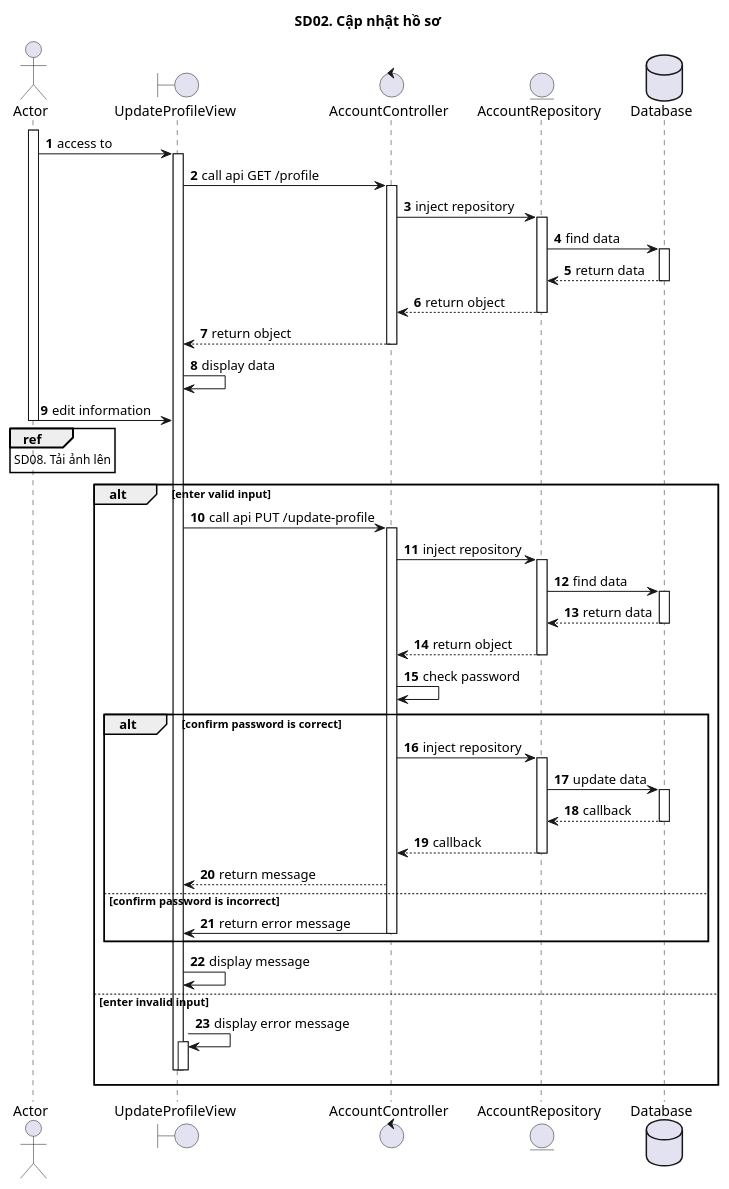
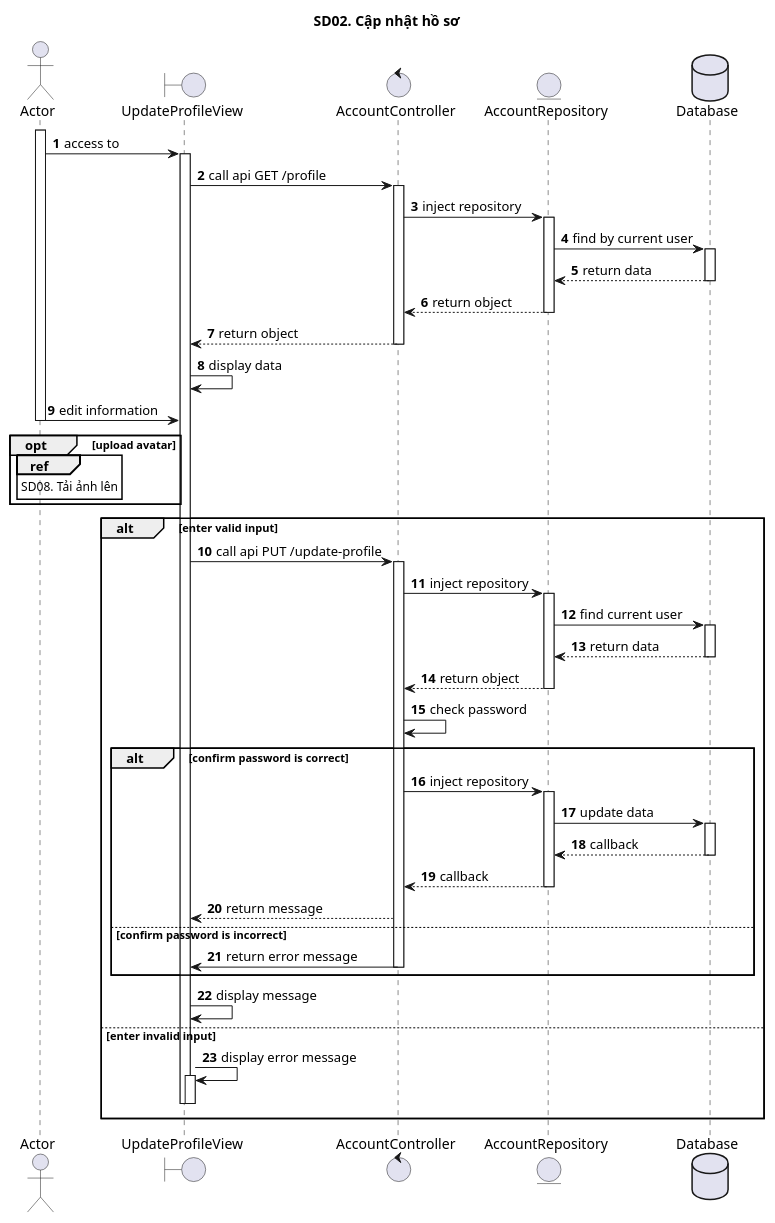
The diagram in 02_CapNhatHoSo/sd2.puml (ITZ-Developers/Finance-UML), drawn with PlantUML before and after one commit.

```diff
--- a/02_CapNhatHoSo/sd2.puml
+++ b/02_CapNhatHoSo/sd2.puml
@@ -1,63 +1,65 @@
 @startuml SQ
 autonumber
 title SD02. Cập nhật hồ sơ
 actor "Actor" as actor
 boundary "UpdateProfileView" as view
 control "AccountController" as controller
 entity "AccountRepository" as model
 database "Database" as database
 activate actor
 actor -> view : access to
 activate view
 view -> controller : call api GET /profile
 activate controller
 controller -> model : inject repository
 activate model
-model -> database : find data
+model -> database : find by current user
 activate database
 database --> model : return data
 deactivate database
 model --> controller : return object
 deactivate model
 controller --> view : return object
 deactivate controller
 view -> view: display data
 actor -> view : edit information
 deactivate actor
+opt upload avatar
 ref over actor
 SD08. Tải ảnh lên
 end ref
+end
 alt enter valid input
 view -> controller : call api PUT /update-profile
 activate controller
 controller -> model : inject repository
 activate model
-model -> database : find data
+model -> database : find current user
 activate database
 database --> model : return data
 deactivate database
 model --> controller : return object
 deactivate model
 controller -> controller: check password
 alt confirm password is correct
 controller -> model : inject repository
 activate model
 model -> database : update data
 activate database
 database --> model : callback
 deactivate database
 model --> controller : callback
 deactivate model
 controller --> view : return message
 else confirm password is incorrect
 controller -> view: return error message
 deactivate controller
 end
 view -> view: display message
 else enter invalid input
 view -> view: display error message
 activate view
 deactivate view
 deactivate view
 end
 @enduml
```
